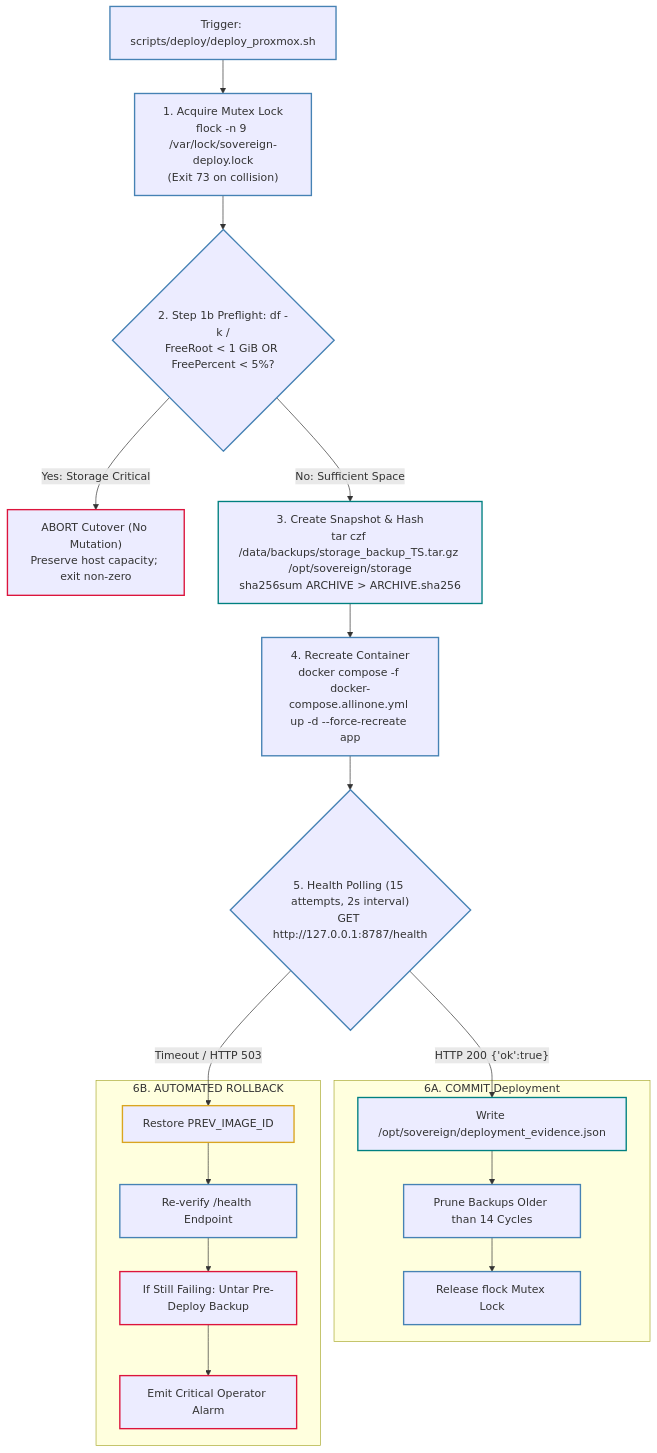
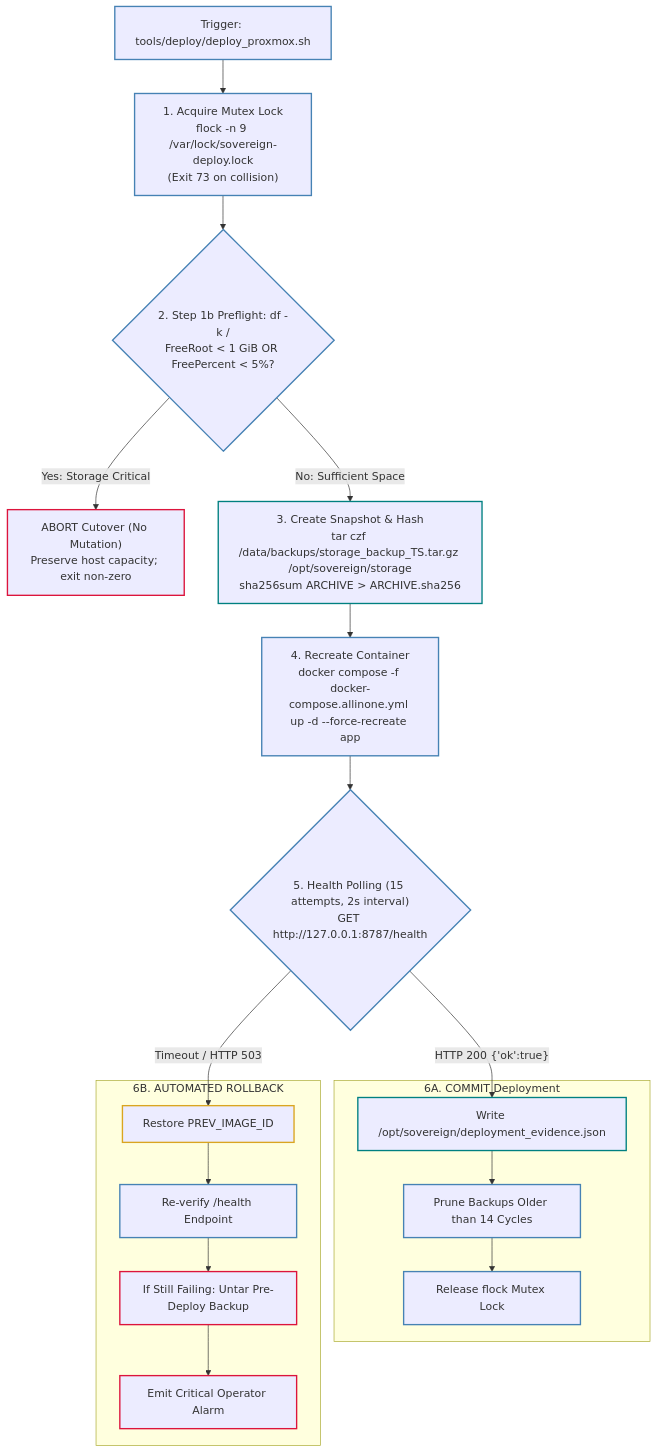
One commit to vgbn2/personal_finance_draft changed diagram 19 of 24 in docs/Reports/SOVEREIGN_END_TO_END_ARCHITECTURE_REPORT.md. Above: the diagram before and after it, drawn with Mermaid. The commit also changed other lines of this file and 178 other files, not shown here.

````diff
--- a/docs/Reports/SOVEREIGN_END_TO_END_ARCHITECTURE_REPORT.md
+++ b/docs/Reports/SOVEREIGN_END_TO_END_ARCHITECTURE_REPORT.md
@@ -1703,44 +1703,44 @@
 ```mermaid
 flowchart TD
     classDef control stroke:steelblue,stroke-width:2px;
     classDef data stroke:teal,stroke-width:2px;
     classDef warning stroke:goldenrod,stroke-width:2px;
     classDef critical stroke:crimson,stroke-width:2px;
     classDef neutral stroke:gray,stroke-width:1px;
 
-    TRIG["Trigger: scripts/deploy/deploy_proxmox.sh"]:::control
+    TRIG["Trigger: tools/deploy/deploy_proxmox.sh"]:::control
     MUTEX["1. Acquire Mutex Lock<br/>flock -n 9 /var/lock/sovereign-deploy.lock<br/>(Exit 73 on collision)"]:::control
     PREFLIGHT{"2. Step 1b Preflight: df -k /<br/>FreeRoot < 1 GiB OR FreePercent < 5%?"}:::control
 
     TRIG --> MUTEX --> PREFLIGHT
 
     ABORT["ABORT Cutover (No Mutation)<br/>Preserve host capacity; exit non-zero"]:::critical
     PREFLIGHT -->|"Yes: Storage Critical"| ABORT
 
     SNAP["3. Create Snapshot & Hash<br/>tar czf /data/backups/storage_backup_TS.tar.gz /opt/sovereign/storage<br/>sha256sum ARCHIVE > ARCHIVE.sha256"]:::data
     PREFLIGHT -->|"No: Sufficient Space"| SNAP
 
     REC["4. Recreate Container<br/>docker compose -f docker-compose.allinone.yml up -d --force-recreate app"]:::control
     SNAP --> REC
 
     POLL{"5. Health Polling (15 attempts, 2s interval)<br/>GET http://127.0.0.1:8787/health"}:::control
     REC --> POLL
 
     subgraph Commit["6A. COMMIT Deployment"]
         C1["Write /opt/sovereign/deployment_evidence.json"]:::data
         C2["Prune Backups Older than 14 Cycles"]:::control
         C3["Release flock Mutex Lock"]:::control
         C1 --> C2 --> C3
     end
 
     subgraph Rollback["6B. AUTOMATED ROLLBACK"]
         R1["Restore PREV_IMAGE_ID"]:::warning
         R2["Re-verify /health Endpoint"]:::control
         R3["If Still Failing: Untar Pre-Deploy Backup"]:::critical
         R4["Emit Critical Operator Alarm"]:::critical
         R1 --> R2 --> R3 --> R4
     end
 
     POLL -->|"HTTP 200 {'ok':true}"| C1
     POLL -->|"Timeout / HTTP 503"| R1
 ```
````
